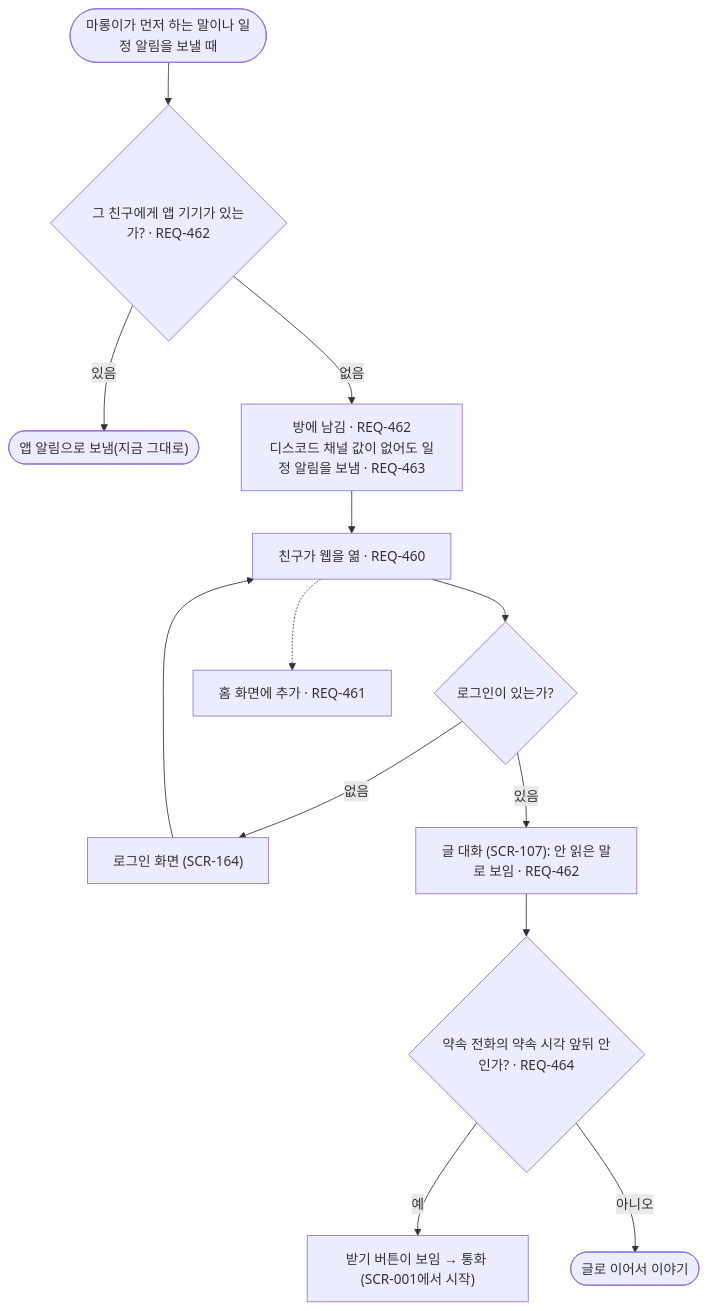
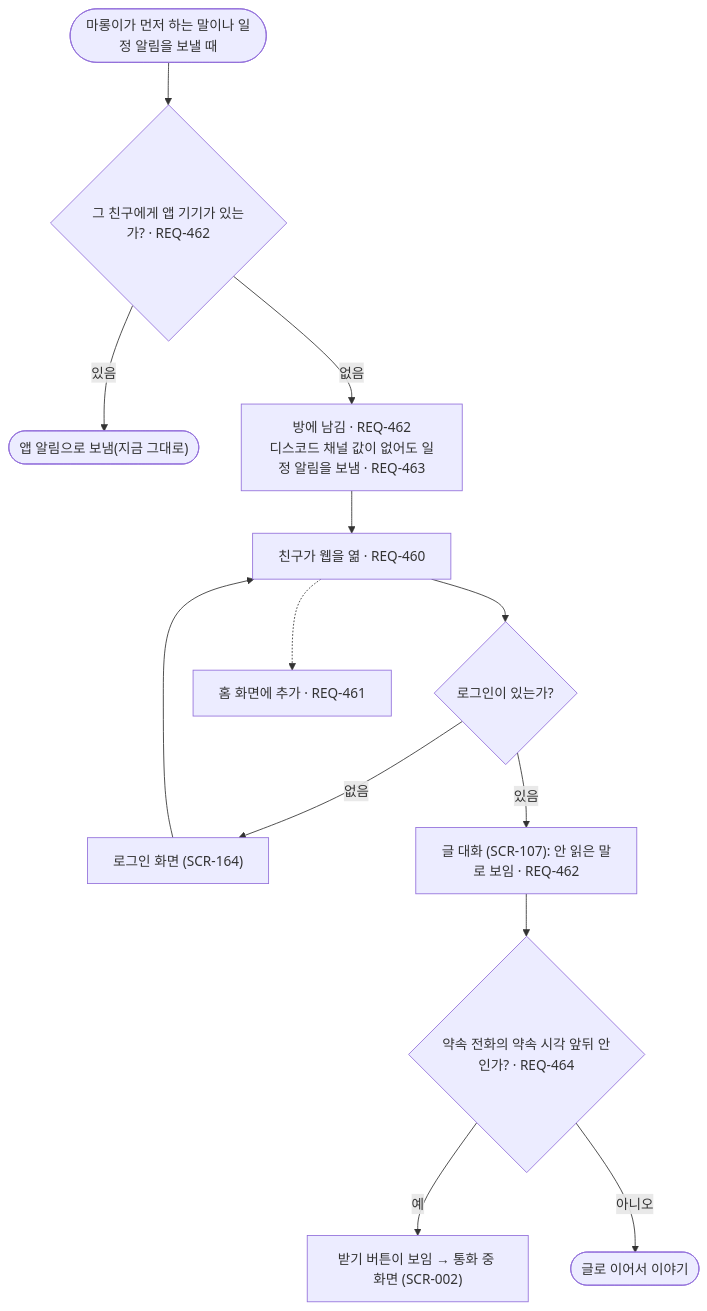
Before and after one commit to kodonghui/marong2: the diagram in docs/03-user-flow/FL-176-web-inbox.md, drawn with Mermaid. The commit also changed 12 other files, not shown here.

````diff
--- a/docs/03-user-flow/FL-176-web-inbox.md
+++ b/docs/03-user-flow/FL-176-web-inbox.md
@@ -7,15 +7,15 @@
 ```mermaid
 flowchart TD
   A(["마롱이가 먼저 하는 말이나 일정 알림을 보낼 때"]) --> B{"그 친구에게 앱 기기가 있는가? · REQ-462"}
   B -->|"있음"| C(["앱 알림으로 보냄(지금 그대로)"])
   B -->|"없음"| D["방에 남김 · REQ-462<br/>디스코드 채널 값이 없어도 일정 알림을 보냄 · REQ-463"]
   D --> E["친구가 웹을 엶 · REQ-460"]
   E --> F{"로그인이 있는가?"}
   F -->|"없음"| F1["로그인 화면 (SCR-164)"]
   F1 --> E
   F -->|"있음"| G["글 대화 (SCR-107): 안 읽은 말로 보임 · REQ-462"]
   G --> H{"약속 전화의 약속 시각 앞뒤 안인가? · REQ-464"}
-  H -->|"예"| I["받기 버튼이 보임 → 통화 (SCR-001에서 시작)"]
+  H -->|"예"| I["받기 버튼이 보임 → 통화 중 화면 (SCR-002)"]
   H -->|"아니오"| J(["글로 이어서 이야기"])
   E -.-> K["홈 화면에 추가 · REQ-461"]
 ```
````
